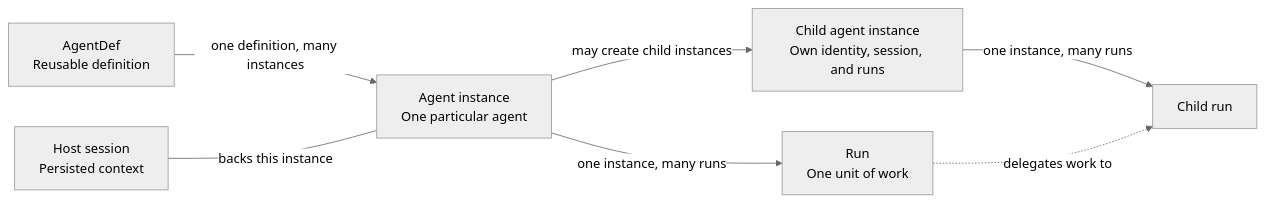
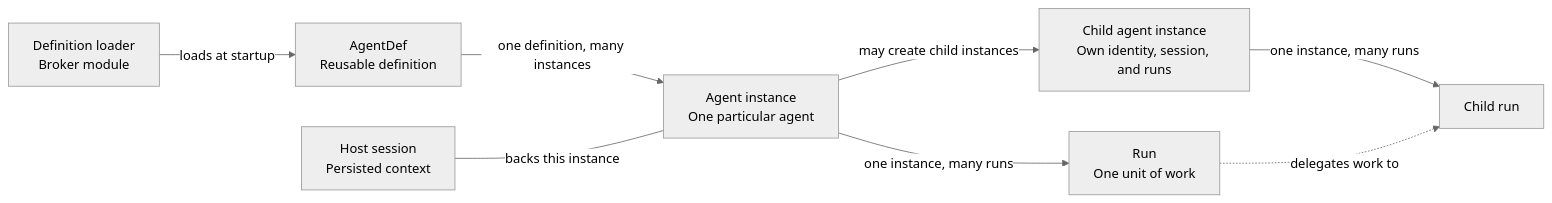
One commit to stacklok/mecatl changed the diagram in docs/drafts/agent-identity/agent-definitions.md. Above: the diagram before and after it, drawn with Mermaid (neutral theme). The commit also changed other lines of this file, not shown here.

Commit message:
docs: show the definition loader in the relationships diagram

````diff
--- a/docs/drafts/agent-identity/agent-definitions.md
+++ b/docs/drafts/agent-identity/agent-definitions.md
@@ -26,16 +26,18 @@
 ```mermaid
 flowchart LR
+    L["Definition loader<br/>Broker module"]
     D["AgentDef<br/>Reusable definition"]
     S["Host session<br/>Persisted context"]
     I["Agent instance<br/>One particular agent"]
     R["Run<br/>One unit of work"]
     C["Child agent instance<br/>Own identity, session, and runs"]
     CR["Child run"]
 
+    L -->|"loads at startup"| D
     D -->|"one definition, many instances"| I
     S ---|"backs this instance"| I
     I -->|"one instance, many runs"| R
     I -->|"may create child instances"| C
     C -->|"one instance, many runs"| CR
     R -.->|"delegates work to"| CR
 ```
````
